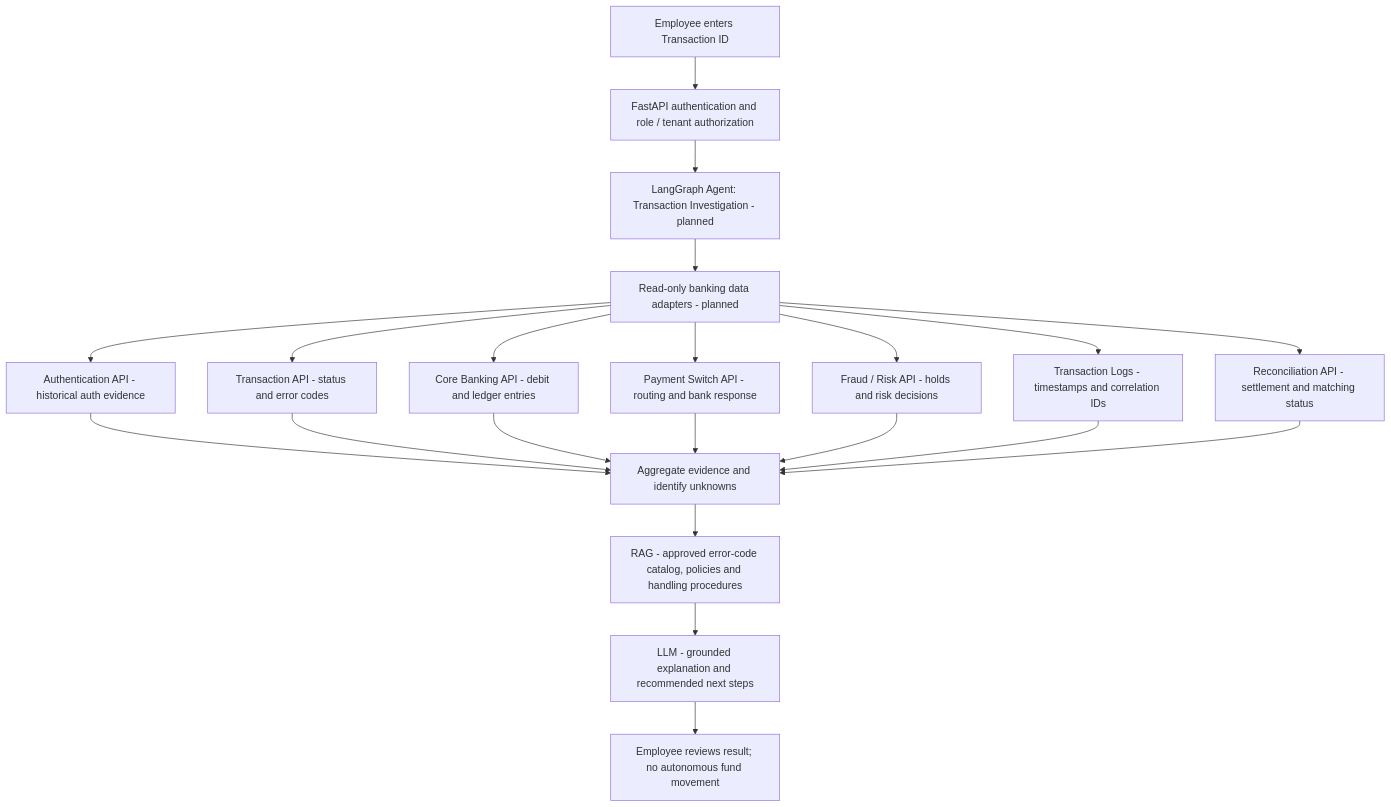
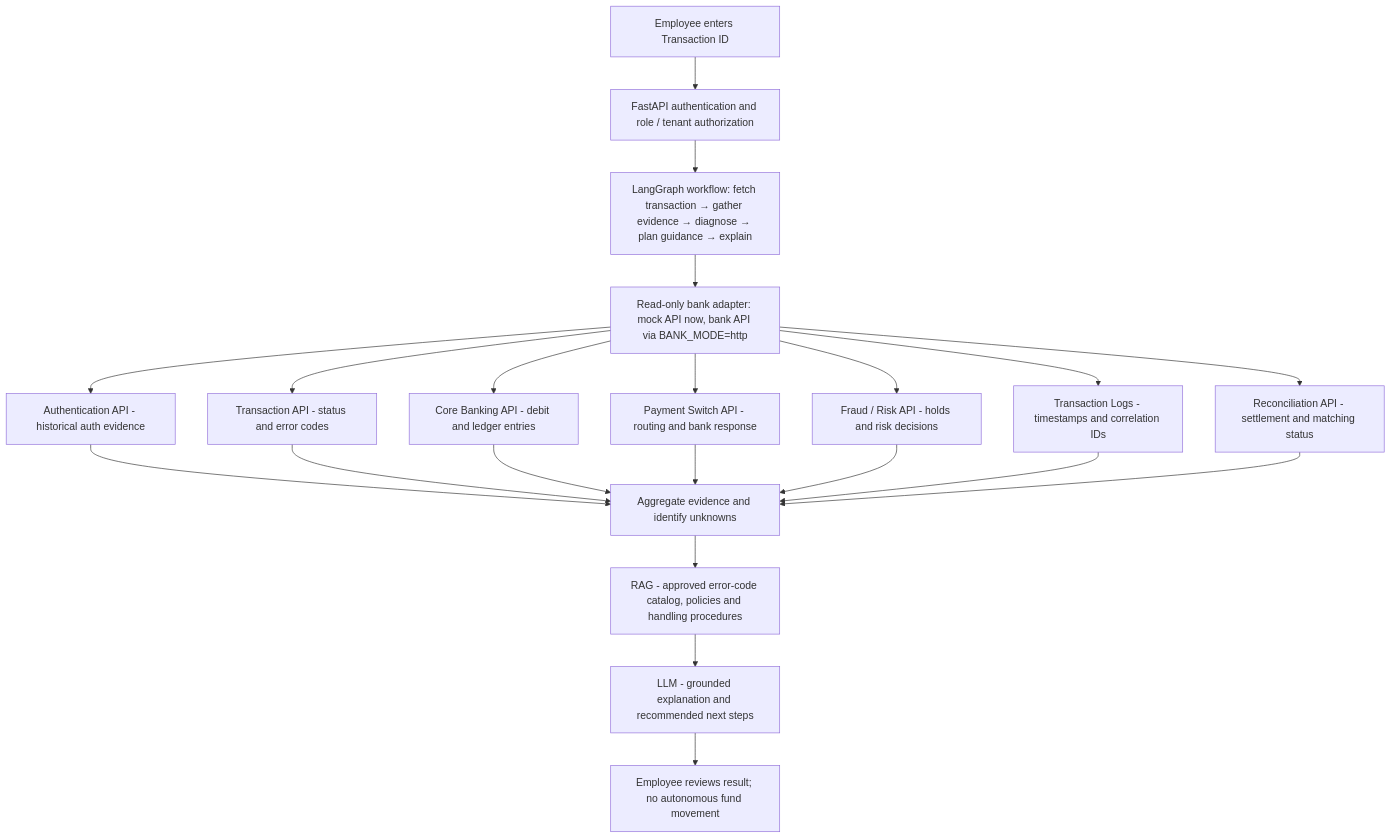
The first of 2 diagrams in mms-ai-checker/README.md (ydangishere/dev-projects), drawn with Mermaid before and after one commit. The commit also changed other lines of this file and 37 other files, not shown here.

First line of the commit message:
feat(mms): add Qwen, transaction investigation, SSO, encryption, malware scan, pgvector

````diff
--- a/mms-ai-checker/README.md
+++ b/mms-ai-checker/README.md
@@ -68,23 +68,23 @@
 ```mermaid
 flowchart TD
     A[Employee enters Transaction ID] --> B[FastAPI authentication and role / tenant authorization]
-    B --> C[LangGraph Agent: Transaction Investigation - planned]
-    C --> D[Read-only banking data adapters - planned]
+    B --> C[LangGraph workflow: fetch transaction → gather evidence → diagnose → plan guidance → explain]
+    C --> D[Read-only bank adapter: mock API now, bank API via BANK_MODE=http]
     D --> E1[Authentication API - historical auth evidence]
     D --> E2[Transaction API - status and error codes]
     D --> E3[Core Banking API - debit and ledger entries]
     D --> E4[Payment Switch API - routing and bank response]
     D --> E5[Fraud / Risk API - holds and risk decisions]
     D --> E6[Transaction Logs - timestamps and correlation IDs]
     D --> E7[Reconciliation API - settlement and matching status]
     E1 --> F[Aggregate evidence and identify unknowns]
     E2 --> F
     E3 --> F
     E4 --> F
     E5 --> F
     E6 --> F
     E7 --> F
     F --> G[RAG - approved error-code catalog, policies and handling procedures]
     G --> H[LLM - grounded explanation and recommended next steps]
     H --> I[Employee reviews result; no autonomous fund movement]
 ```
````
